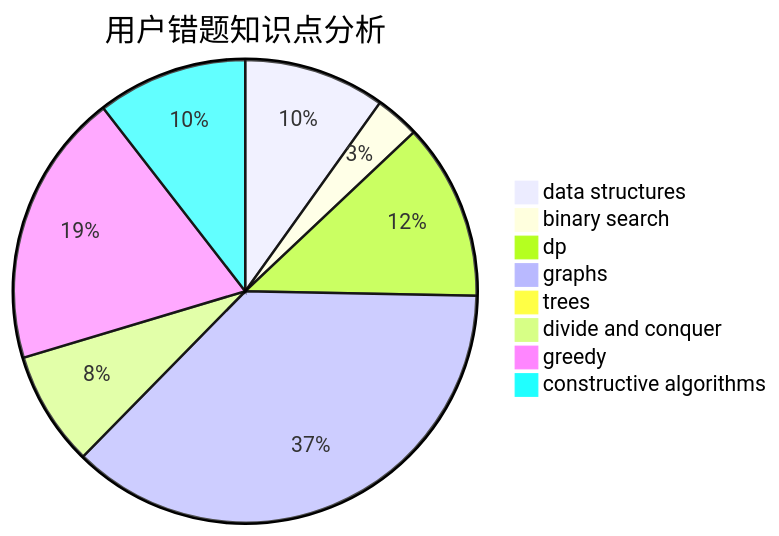
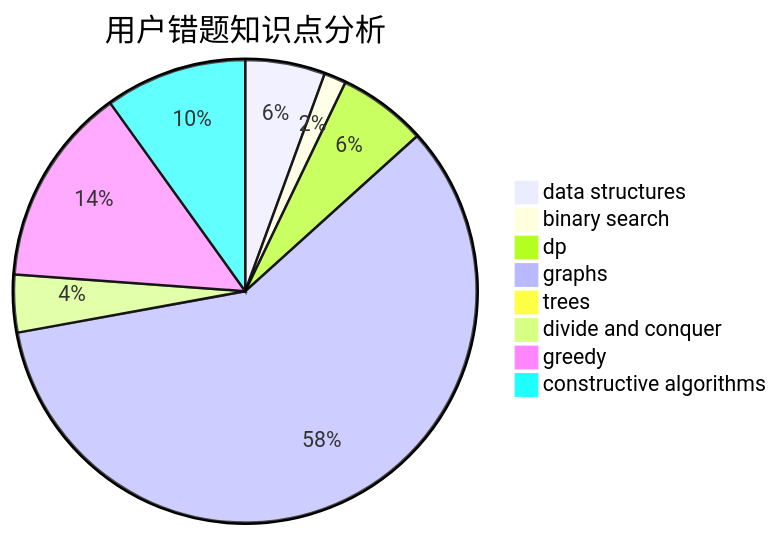
Before and after one commit to sherpahu/cfrs.github.io: the third of 3 diagrams in docs/user/u815.md, drawn with Mermaid. The commit also changed other lines of this file and 2770 other files, not shown here.

````diff
--- a/docs/user/u815.md
+++ b/docs/user/u815.md
@@ -36,11 +36,11 @@
 ```mermaid
 pie title 用户错题知识点分析
-    "data structures" :  16
+    "data structures" :  18
     "binary search" :  5
     "dp" :  20
-    "graphs" :  60
-    "trees" :  1
+    "graphs" :  190
+    "trees" :  3
     "divide and conquer" :  13
-    "greedy" :  31
-    "constructive algorithms" :  17
+    "greedy" :  45
+    "constructive algorithms" :  32
 ```
````
